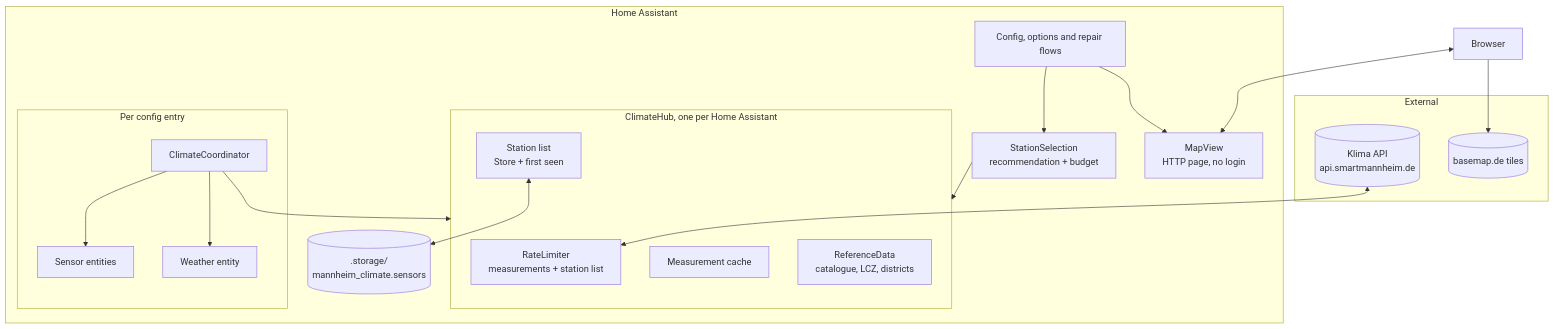
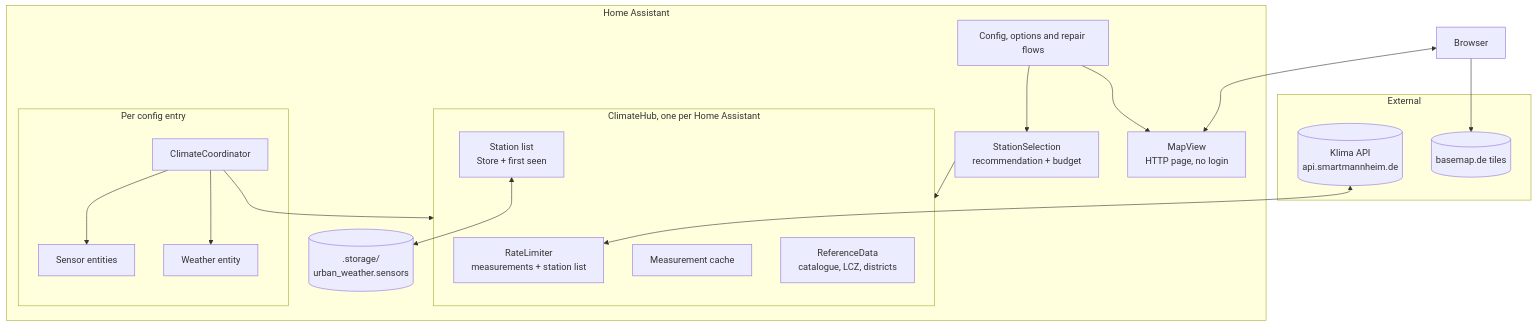
Before and after one commit to CodeBrauer/ha-urban-weather: the first of 3 diagrams in docs/en/developer/architecture.md, drawn with Mermaid. The commit also changed other lines of this file and 81 other files, not shown here.

First line of the commit message:
refactor!: rename the integration domain to urban_weather

````diff
--- a/docs/en/developer/architecture.md
+++ b/docs/en/developer/architecture.md
@@ -9,34 +9,34 @@
 ```mermaid
 flowchart TB
     subgraph External
         API[(Klima API<br>api.smartmannheim.de)]
         Tiles[(basemap.de tiles)]
     end
     subgraph HA[Home Assistant]
         subgraph HubBox[ClimateHub, one per Home Assistant]
             Limiter[RateLimiter<br>measurements + station list]
             Cache[Measurement cache]
             List[Station list<br>Store + first seen]
             Ref[ReferenceData<br>catalogue, LCZ, districts]
         end
-        Store[(.storage/<br>mannheim_climate.sensors)]
+        Store[(.storage/<br>urban_weather.sensors)]
         subgraph Entry[Per config entry]
             Coord[ClimateCoordinator]
             Sensors[Sensor entities]
             Weather[Weather entity]
         end
         Flows[Config, options and repair flows]
         Selection[StationSelection<br>recommendation + budget]
         MapView[MapView<br>HTTP page, no login]
     end
     Browser[Browser]
     API <--> Limiter
     List <--> Store
     Coord --> HubBox
     Coord --> Sensors
     Coord --> Weather
     Flows --> Selection --> HubBox
     Flows --> MapView
     Browser <--> MapView
     Browser --> Tiles
 ```
````
